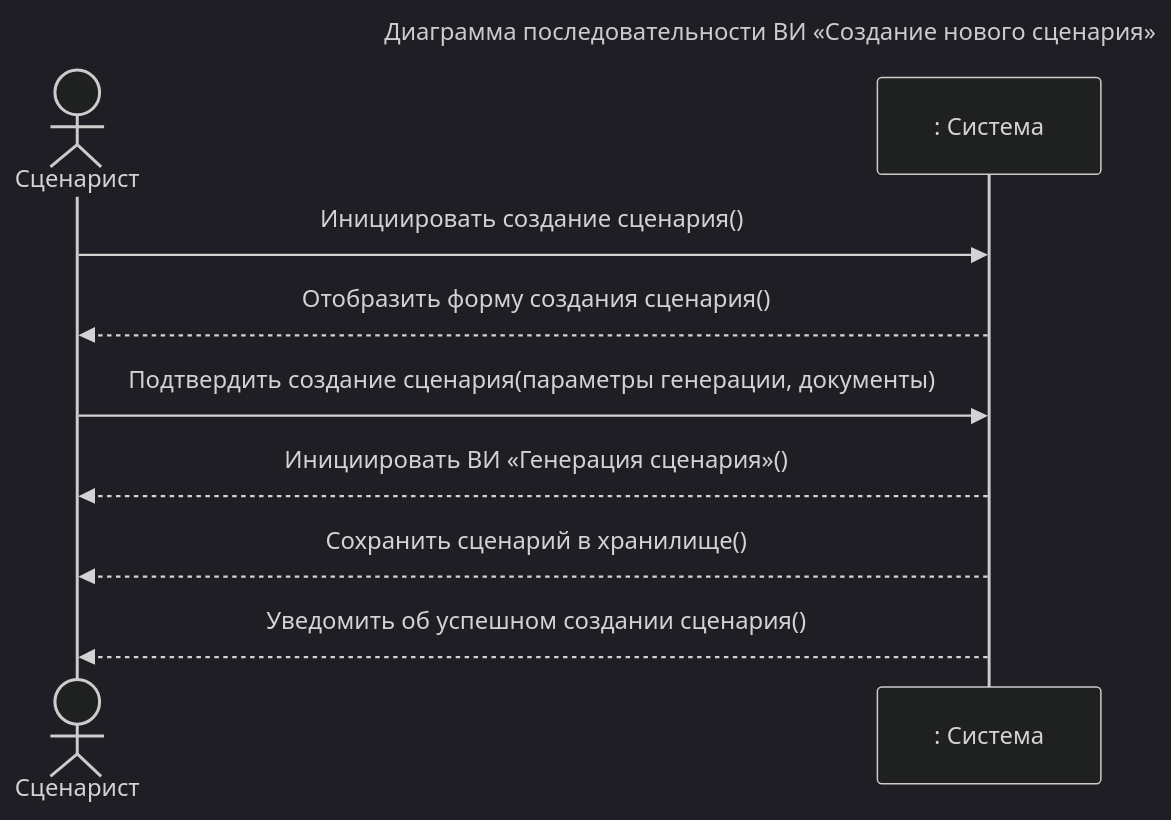
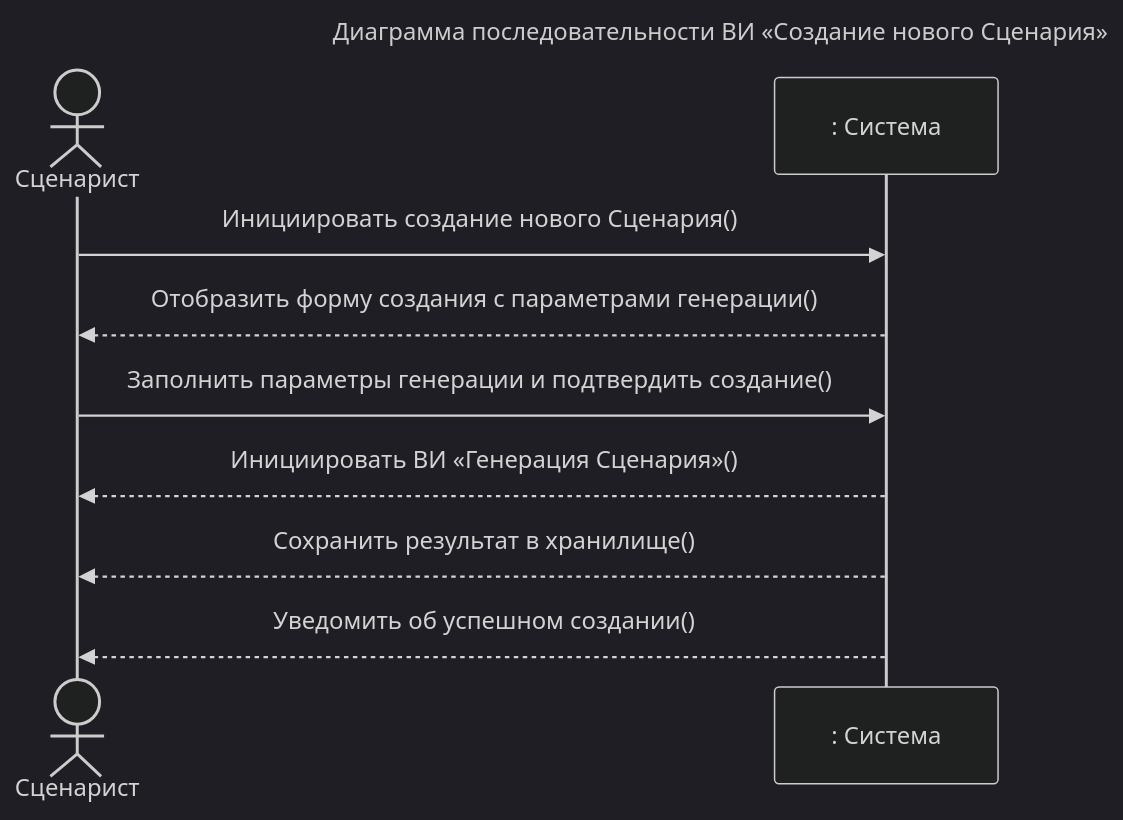
The first of 5 diagrams in 3. Диаграмма последовательностей системы.md (CHSU-scenarAIst/diagrammy), drawn with Mermaid (dark theme) before and after one commit. The commit also changed other lines of this file and 13 other files, not shown here.

````diff
--- a/3. Диаграмма последовательностей системы.md
+++ b/3. Диаграмма последовательностей системы.md
@@ -31,15 +33,15 @@
 ```mermaid
 ---
-title: Диаграмма последовательности ВИ «Создание нового сценария»
+title: Диаграмма последовательности ВИ «Создание нового Сценария»
 ---
 sequenceDiagram
     actor User as Сценарист
     participant System as : Система
 
-    User->>System: Инициировать создание сценария()
-    System-->>User: Отобразить форму создания сценария()
-    User->>System: Подтвердить создание сценария(параметры генерации, документы)
-    System-->>User: Инициировать ВИ «Генерация сценария»()
-    System-->>User: Сохранить сценарий в хранилище()
-    System-->>User: Уведомить об успешном создании сценария()
+    User->>System: Инициировать создание нового Сценария()
+    System-->>User: Отобразить форму создания с параметрами генерации()
+    User->>System: Заполнить параметры генерации и подтвердить создание()
+    System-->>User: Инициировать ВИ «Генерация Сценария»()
+    System-->>User: Сохранить результат в хранилище()
+    System-->>User: Уведомить об успешном создании()
 ```
````
